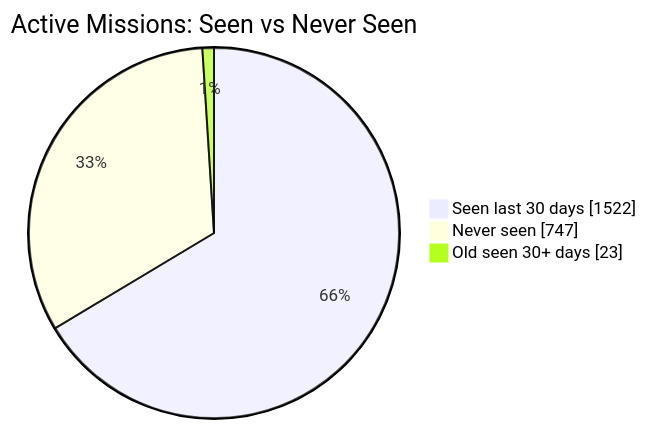
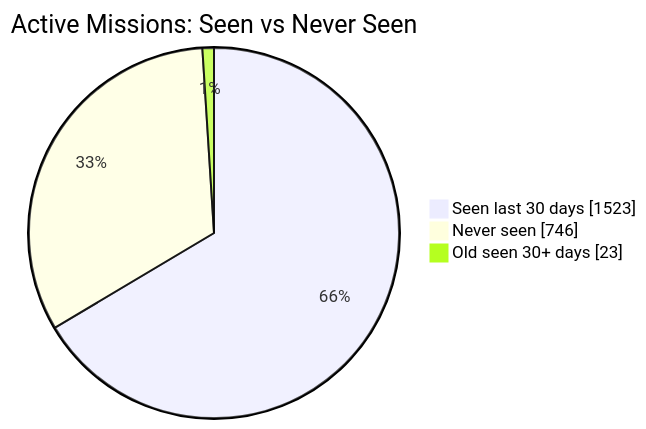
The first of 2 diagrams in README.md (MeldkamerspelGameTeam/active-missions), drawn with Mermaid before and after one commit. The commit also changed other lines of this file and 2 other files, not shown here.

````diff
--- a/README.md
+++ b/README.md
@@ -34,7 +34,7 @@
 ```mermaid
 pie showData
     title Active Missions: Seen vs Never Seen
-    "Seen last 30 days" : 1522
-    "Never seen" : 747
+    "Seen last 30 days" : 1523
+    "Never seen" : 746
     "Old seen 30+ days" : 23
 ```
````
